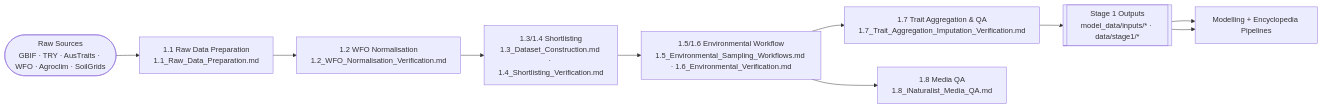
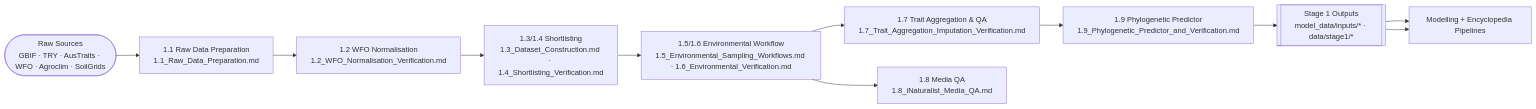
One commit to jaredquekjz/plantguide changed the diagram in results/summaries/hybrid_axes/phylotraits/Stage_1/1.0_Data_Pipeline_Index.md. Above: the diagram before and after it, drawn with Mermaid. The commit also changed other lines of this file and 118 other files, not shown here.

````diff
--- a/results/summaries/hybrid_axes/phylotraits/Stage_1/1.0_Data_Pipeline_Index.md
+++ b/results/summaries/hybrid_axes/phylotraits/Stage_1/1.0_Data_Pipeline_Index.md
@@ -12,12 +12,13 @@
 ```mermaid
 flowchart LR
     raw_sources([Raw Sources\nGBIF · TRY · AusTraits · WFO · Agroclim · SoilGrids]) --> raw_prep
     raw_prep[1.1 Raw Data Preparation\n1.1_Raw_Data_Preparation.md] --> wfo_norm
     wfo_norm[1.2 WFO Normalisation\n1.2_WFO_Normalisation_Verification.md] --> shortlist
     shortlist[1.3/1.4 Shortlisting\n1.3_Dataset_Construction.md · 1.4_Shortlisting_Verification.md] --> env_sampling
     env_sampling[1.5/1.6 Environmental Workflow\n1.5_Environmental_Sampling_Workflows.md · 1.6_Environmental_Verification.md] --> trait_prep
-    trait_prep[1.7 Trait Aggregation & QA\n1.7_Trait_Aggregation_Imputation_Verification.md] --> outputs
+    trait_prep[1.7 Trait Aggregation & QA\n1.7_Trait_Aggregation_Imputation_Verification.md] --> phylo
+    phylo[1.9 Phylogenetic Predictor\n1.9_Phylogenetic_Predictor_and_Verification.md] --> outputs
     outputs[[Stage 1 Outputs\nmodel_data/inputs/* · data/stage1/*]] --> encyclo
     env_sampling --> photos[1.8 Media QA\n1.8_iNaturalist_Media_QA.md]
     outputs --> encyclo[Modelling + Encyclopedia Pipelines]
 ```
````
